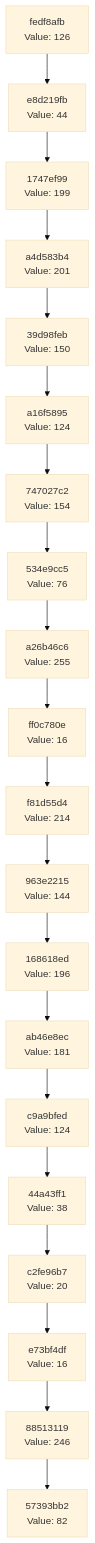
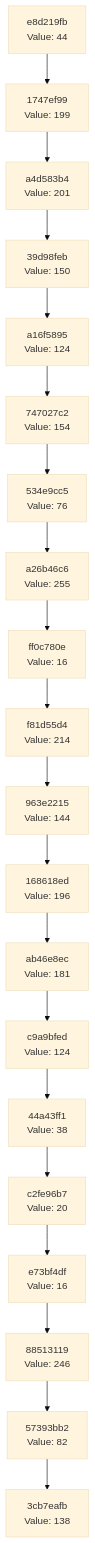
One commit to Abhisheksinha1506/hash-chain-evolver changed the diagram in docs/CHAIN_VISUALIZATION.md. Above: the diagram before and after it, drawn with Mermaid (base theme). The commit also changed 2 other files, not shown here.

Commit message:
Evolution step: hash 0x8A → action executed

````diff
--- a/docs/CHAIN_VISUALIZATION.md
+++ b/docs/CHAIN_VISUALIZATION.md
@@ -3,42 +3,42 @@
 ```mermaid
 graph TD
-    C0["57393bb2<br/>Value: 82"]
-    C1["88513119<br/>Value: 246"]
+    C0["3cb7eafb<br/>Value: 138"]
+    C1["57393bb2<br/>Value: 82"]
     C1 --> C0
-    C2["e73bf4df<br/>Value: 16"]
+    C2["88513119<br/>Value: 246"]
     C2 --> C1
-    C3["c2fe96b7<br/>Value: 20"]
+    C3["e73bf4df<br/>Value: 16"]
     C3 --> C2
-    C4["44a43ff1<br/>Value: 38"]
+    C4["c2fe96b7<br/>Value: 20"]
     C4 --> C3
-    C5["c9a9bfed<br/>Value: 124"]
+    C5["44a43ff1<br/>Value: 38"]
     C5 --> C4
-    C6["ab46e8ec<br/>Value: 181"]
+    C6["c9a9bfed<br/>Value: 124"]
     C6 --> C5
-    C7["168618ed<br/>Value: 196"]
+    C7["ab46e8ec<br/>Value: 181"]
     C7 --> C6
-    C8["963e2215<br/>Value: 144"]
+    C8["168618ed<br/>Value: 196"]
     C8 --> C7
-    C9["f81d55d4<br/>Value: 214"]
+    C9["963e2215<br/>Value: 144"]
     C9 --> C8
-    C10["ff0c780e<br/>Value: 16"]
+    C10["f81d55d4<br/>Value: 214"]
     C10 --> C9
-    C11["a26b46c6<br/>Value: 255"]
+    C11["ff0c780e<br/>Value: 16"]
     C11 --> C10
-    C12["534e9cc5<br/>Value: 76"]
+    C12["a26b46c6<br/>Value: 255"]
     C12 --> C11
-    C13["747027c2<br/>Value: 154"]
+    C13["534e9cc5<br/>Value: 76"]
     C13 --> C12
-    C14["a16f5895<br/>Value: 124"]
+    C14["747027c2<br/>Value: 154"]
     C14 --> C13
-    C15["39d98feb<br/>Value: 150"]
+    C15["a16f5895<br/>Value: 124"]
     C15 --> C14
-    C16["a4d583b4<br/>Value: 201"]
+    C16["39d98feb<br/>Value: 150"]
     C16 --> C15
-    C17["1747ef99<br/>Value: 199"]
+    C17["a4d583b4<br/>Value: 201"]
     C17 --> C16
-    C18["e8d219fb<br/>Value: 44"]
+    C18["1747ef99<br/>Value: 199"]
     C18 --> C17
-    C19["fedf8afb<br/>Value: 126"]
+    C19["e8d219fb<br/>Value: 44"]
     C19 --> C18
 ```
````
